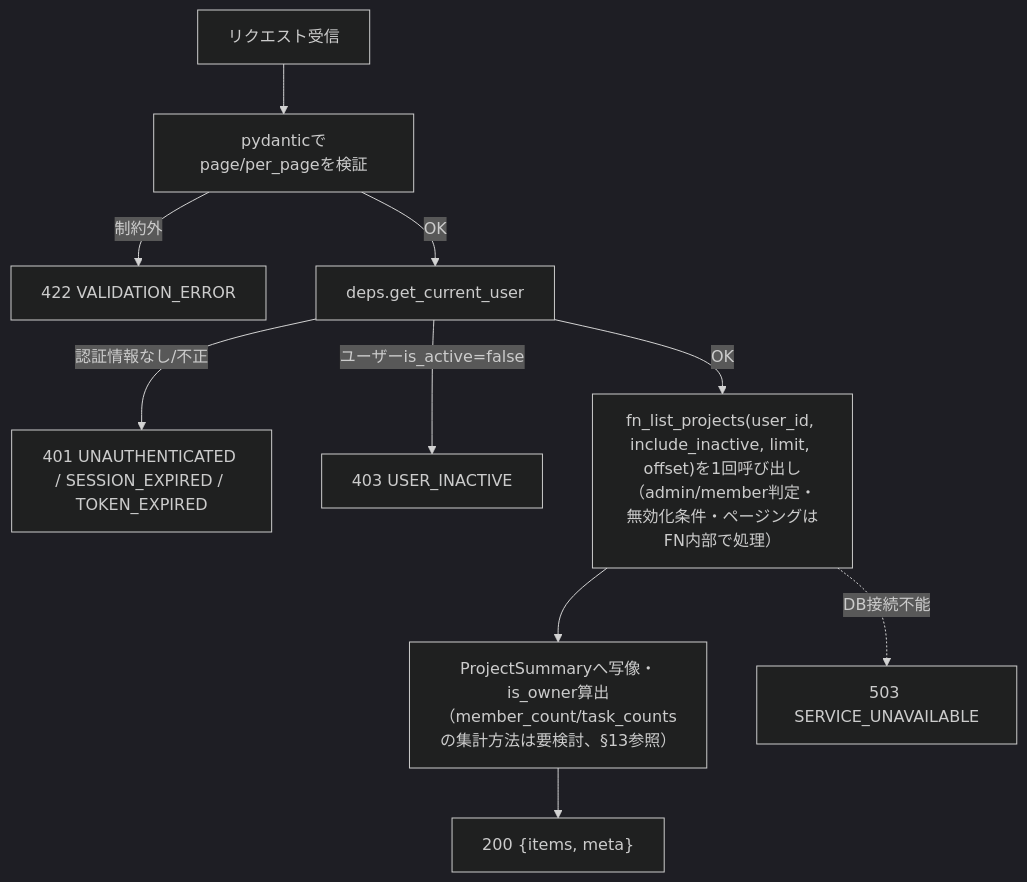
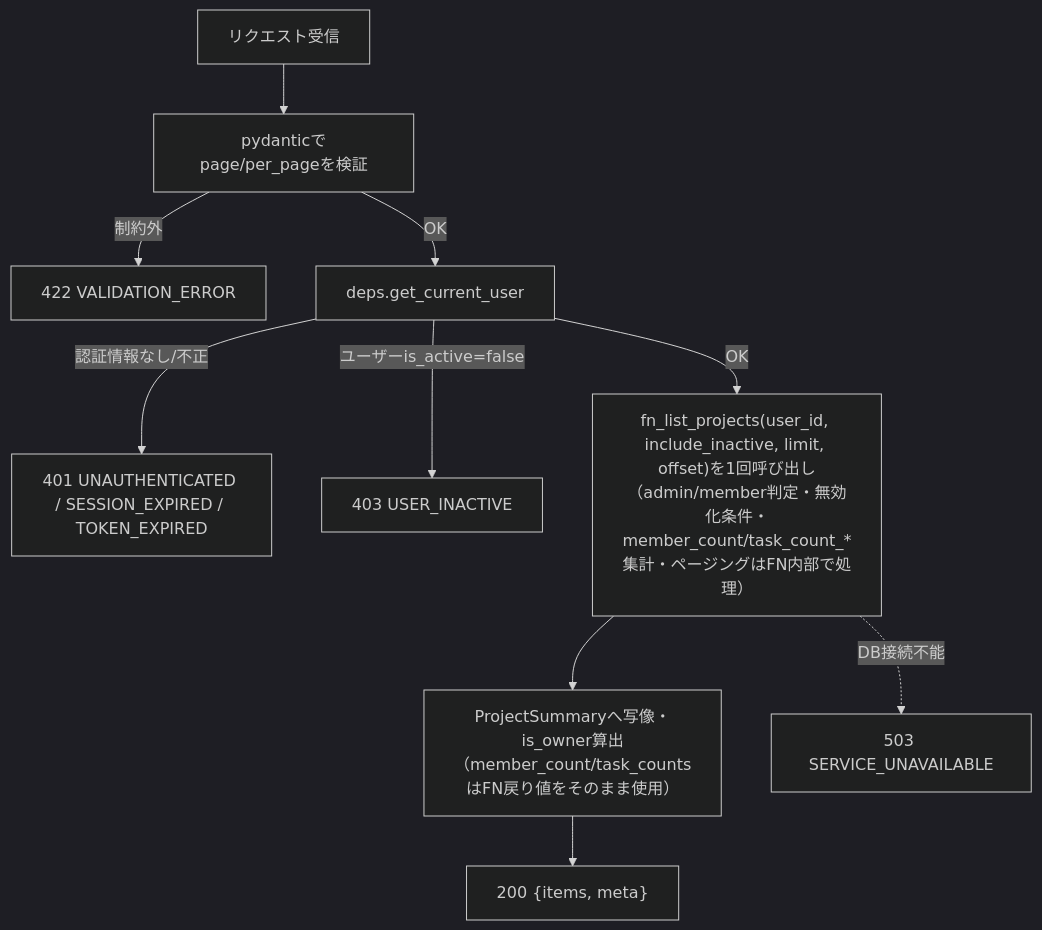
The second of 4 diagrams in detailed_design/api/projects/01_get_projects.md (oikawa-d/task_management), drawn with Mermaid (dark theme) before and after one commit. The commit also changed other lines of this file and 1 other file, not shown here.

First line of the commit message:
docs: #12 fn_list_projectsにmember_count/task_countsの集計を統合(A案)

````diff
--- a/detailed_design/api/projects/01_get_projects.md
+++ b/detailed_design/api/projects/01_get_projects.md
@@ -139,12 +138,12 @@
 ```mermaid
 flowchart TB
     A["リクエスト受信"] --> B["pydanticでpage/per_pageを検証"]
     B -->|"制約外"| B1["422 VALIDATION_ERROR"]
     B -->|"OK"| C["deps.get_current_user"]
     C -->|"認証情報なし/不正"| C1["401 UNAUTHENTICATED / SESSION_EXPIRED / TOKEN_EXPIRED"]
     C -->|"ユーザーis_active=false"| C2["403 USER_INACTIVE"]
-    C -->|"OK"| D["fn_list_projects(user_id, include_inactive, limit, offset)を1回呼び出し\n（admin/member判定・無効化条件・ページングはFN内部で処理）"]
-    D --> H["ProjectSummaryへ写像・is_owner算出\n（member_count/task_countsの集計方法は要検討、§13参照）"]
+    C -->|"OK"| D["fn_list_projects(user_id, include_inactive, limit, offset)を1回呼び出し\n（admin/member判定・無効化条件・member_count/task_count_*集計・ページングはFN内部で処理）"]
+    D --> H["ProjectSummaryへ写像・is_owner算出\n（member_count/task_countsはFN戻り値をそのまま使用）"]
     H --> I["200 {items, meta}"]
     D -.->|"DB接続不能"| J["503 SERVICE_UNAVAILABLE"]
 ```
````
